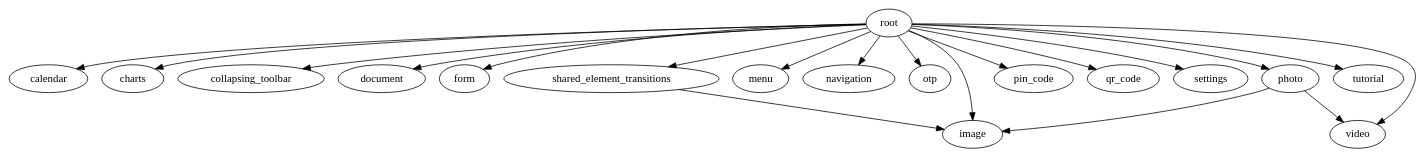
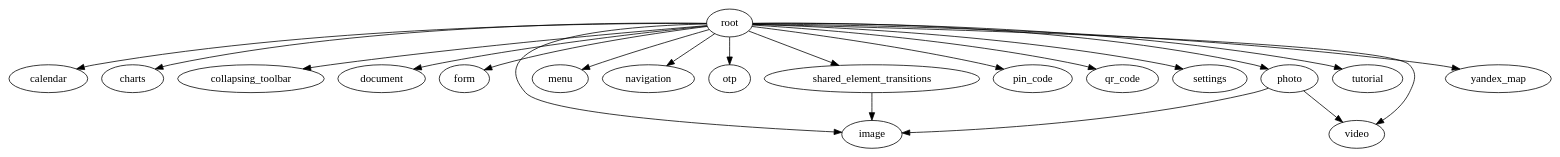
The diagram in features/module_graph/modules.dot (VitalyPerm/MobileUp-Android-Samples), drawn with Graphviz before and after one commit. The commit also changed 11 other files, not shown here.

Commit message:
Yandex map UI improvements, remove `MapStorage`

```diff
--- a/features/module_graph/modules.dot
+++ b/features/module_graph/modules.dot
@@ -1,38 +1,40 @@
 digraph {
 calendar
 charts
 collapsing_toolbar
 document
 form
 image
 menu
 navigation
 otp
 photo
 pin_code
 qr_code
 root
 settings
 shared_element_transitions
 tutorial
 video
+yandex_map
 photo -> image
 photo -> video
 root -> calendar
 root -> charts
 root -> collapsing_toolbar
 root -> document
 root -> form
 root -> image
 root -> menu
 root -> navigation
 root -> otp
 root -> photo
 root -> pin_code
 root -> qr_code
 root -> settings
 root -> shared_element_transitions
 root -> tutorial
 root -> video
+root -> yandex_map
 shared_element_transitions -> image
 }
```
